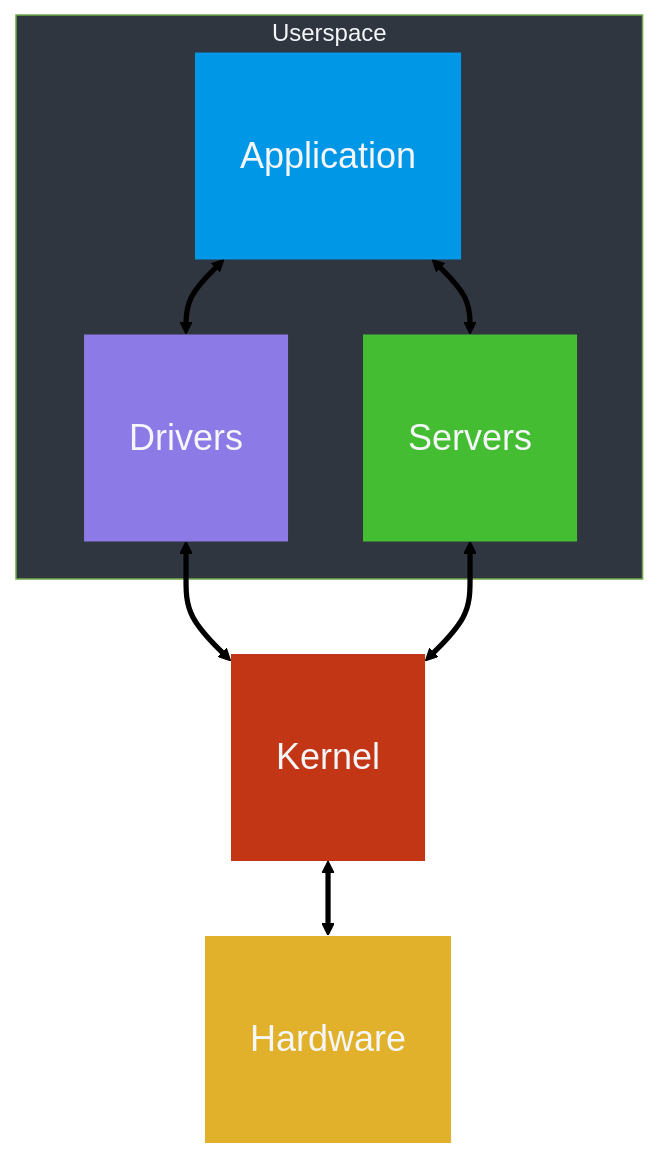
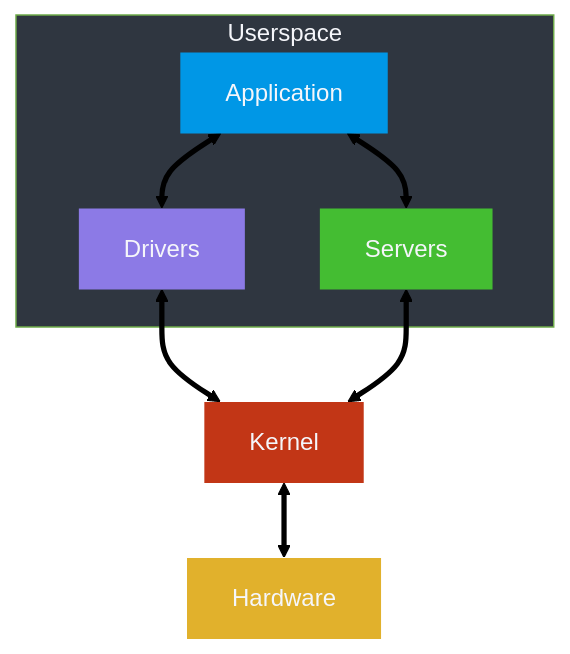
One commit to theomund/neuros changed the diagram in README.md. Above: the diagram before and after it, drawn with Mermaid (forest theme). The commit also changed other lines of this file, not shown here.

````diff
--- a/README.md
+++ b/README.md
@@ -41,17 +41,17 @@
 ```mermaid
 graph BT
-    classDef node font-size:24px,padding:64px,color:#f5f6fa,stroke-width:0px
-    style Application fill:#0097e6
-    style Drivers fill:#8c7ae6
-    style Hardware fill:#e1b12c
-    style Kernel fill:#c23616
-    style Servers fill:#44bd32
-    style Userspace color:#f5f6fa,fill:#2f3640
+    classDef node color: #f5f6fa, stroke-width: 0px
+    style Application fill: #0097e6
+    style Drivers fill: #8c7ae6
+    style Hardware fill: #e1b12c
+    style Kernel fill: #c23616
+    style Servers fill: #44bd32
+    style Userspace color: #f5f6fa, fill: #2f3640
     Hardware <==> Kernel
     Kernel <==> Drivers
     Kernel <==> Servers
     subgraph Userspace
         Drivers <==> Application
         Servers <==> Application
     end
 ```
````
